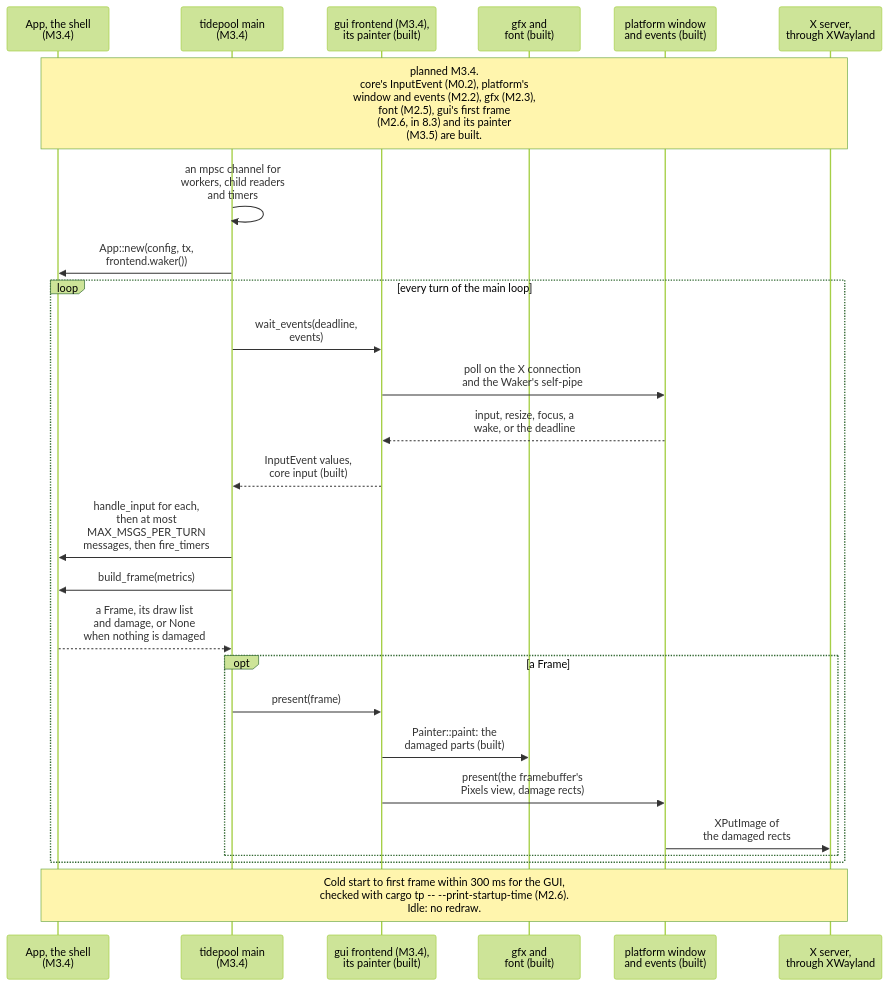
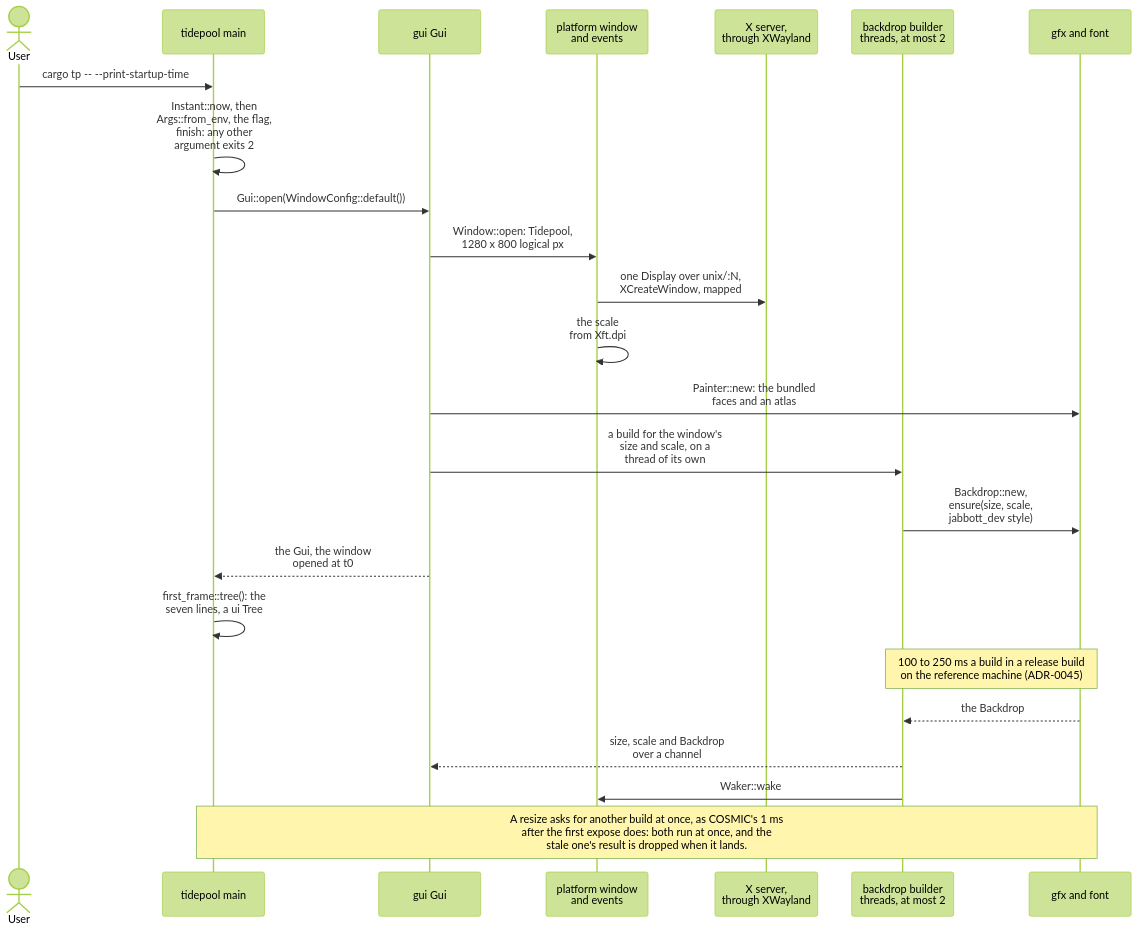
The tenth of 24 diagrams in diagrams/sequence-diagrams.md (jabbott-iii/Tidepool), drawn with Mermaid (forest theme) before and after one commit. The commit also changed other lines of this file and 27 other files, not shown here.

First line of the commit message:
feat(gui,app)!: the event-driven main loop (M3.8, ADR-0059)

````diff
--- a/diagrams/sequence-diagrams.md
+++ b/diagrams/sequence-diagrams.md
@@ -558,29 +557,27 @@
 ```mermaid
 sequenceDiagram
-    participant Shell as App, the shell<br/>(M3.4)
-    participant Cli as tidepool main<br/>(M3.4)
-    participant Fe as gui frontend (M3.4),<br/>its painter (built)
-    participant Gfx as gfx and<br/>font (built)
-    participant Plat as platform window<br/>and events (built)
+    actor User
+    participant Main as tidepool main
+    participant Gui as gui Gui
+    participant Plat as platform window<br/>and events
     participant Disp as X server,<br/>through XWayland
+    participant Build as backdrop builder<br/>threads, at most 2
+    participant Draw as gfx and font
 
-    Note over Shell,Disp: planned M3.4.<br/>core's InputEvent (M0.2), platform's<br/>window and events (M2.2), gfx (M2.3),<br/>font (M2.5), gui's first frame<br/>(M2.6, in 8.3) and its painter<br/>(M3.5) are built.
-    Cli->>Cli: an mpsc channel for<br/>workers, child readers<br/>and timers
-    Cli->>Shell: App::new(config, tx,<br/>frontend.waker())
-    loop every turn of the main loop
-        Cli->>Fe: wait_events(deadline,<br/>events)
-        Fe->>Plat: poll on the X connection<br/>and the Waker's self-pipe
-        Plat-->>Fe: input, resize, focus, a<br/>wake, or the deadline
-        Fe-->>Cli: InputEvent values,<br/>core input (built)
-        Cli->>Shell: handle_input for each,<br/>then at most<br/>MAX_MSGS_PER_TURN<br/>messages, then fire_timers
-        Cli->>Shell: build_frame(metrics)
-        Shell-->>Cli: a Frame, its draw list<br/>and damage, or None<br/>when nothing is damaged
-        opt a Frame
-            Cli->>Fe: present(frame)
-            Fe->>Gfx: Painter::paint: the<br/>damaged parts (built)
-            Fe->>Plat: present(the framebuffer's<br/>Pixels view, damage rects)
-            Plat->>Disp: XPutImage of<br/>the damaged rects
-        end
-    end
-    Note over Shell,Disp: Cold start to first frame within 300 ms for the GUI,<br/>checked with cargo tp -- --print-startup-time (M2.6).<br/>Idle: no redraw.
+    User->>Main: cargo tp -- --print-startup-time
+    Main->>Main: Instant::now, then<br/>Args::from_env, the flag,<br/>finish: any other<br/>argument exits 2
+    Main->>Gui: Gui::open(WindowConfig::default())
+    Gui->>Plat: Window::open: Tidepool,<br/>1280 x 800 logical px
+    Plat->>Disp: one Display over unix/:N,<br/>XCreateWindow, mapped
+    Plat->>Plat: the scale<br/>from Xft.dpi
+    Gui->>Draw: Painter::new: the bundled<br/>faces and an atlas
+    Gui->>Build: a build for the window's<br/>size and scale, on a<br/>thread of its own
+    Build->>Draw: Backdrop::new,<br/>ensure(size, scale,<br/>jabbott_dev style)
+    Gui-->>Main: the Gui, the window<br/>opened at t0
+    Main->>Main: first_frame::tree(): the<br/>seven lines, a ui Tree
+    Note over Build,Draw: 100 to 250 ms a build in a release build<br/>on the reference machine (ADR-0045)
+    Draw-->>Build: the Backdrop
+    Build-->>Gui: size, scale and Backdrop<br/>over a channel
+    Build->>Plat: Waker::wake
+    Note over Main,Draw: A resize asks for another build at once, as COSMIC's 1 ms<br/>after the first expose does: both run at once, and the<br/>stale one's result is dropped when it lands.
 ```
````
